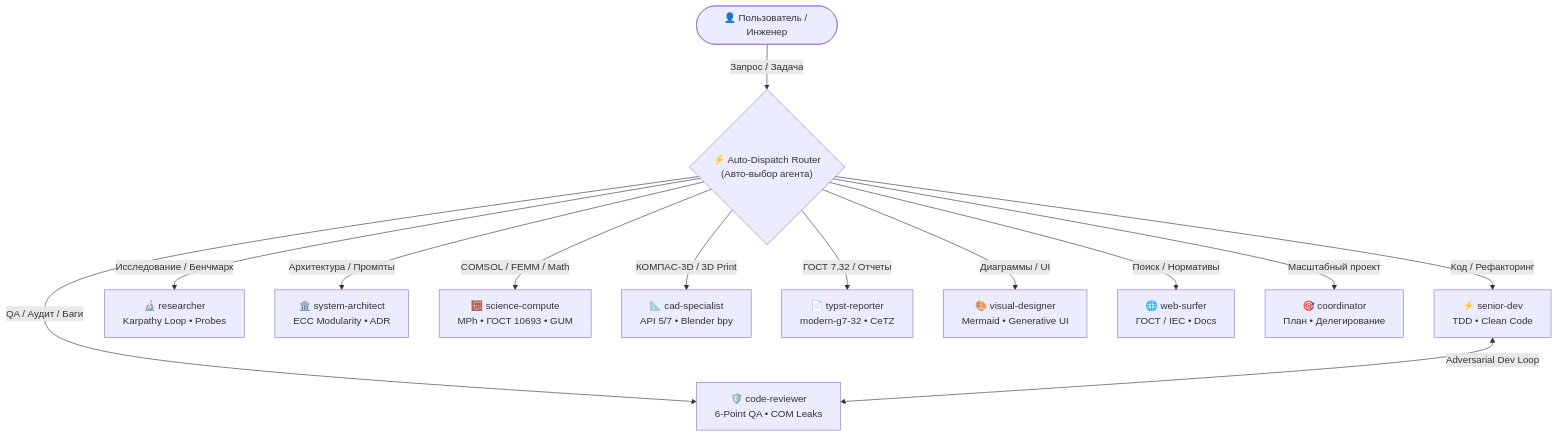
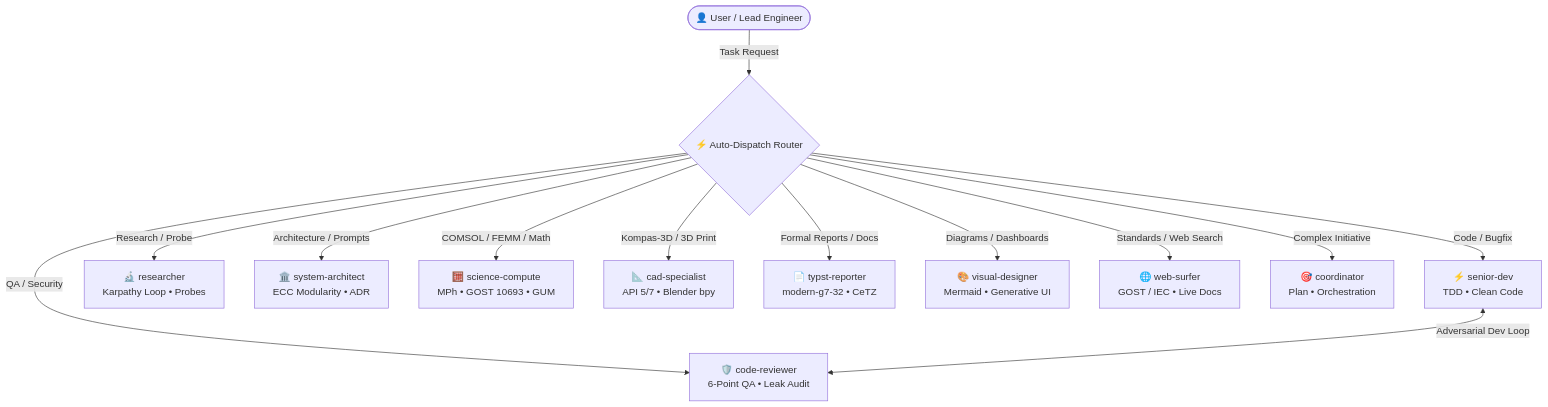
One commit to SGBR22/antigravity-team changed the diagram in README.md. Above: the diagram before and after it, drawn with Mermaid. The commit also changed other lines of this file and 4 other files, not shown here.

````diff
--- a/README.md
+++ b/README.md
@@ -59,17 +63,17 @@
 ```mermaid
 flowchart TD
-    User(["👤 Пользователь / Инженер"]) -->|"Запрос / Задача"| Router{"⚡ Auto-Dispatch Router<br/>(Авто-выбор агента)"}
+    User(["👤 User / Lead Engineer"]) -->|"Task Request"| Router{"⚡ Auto-Dispatch Router"}
 
-    Router -->|"Код / Рефакторинг"| SeniorDev["⚡ senior-dev<br/>TDD • Clean Code"]
-    Router -->|"QA / Аудит / Баги"| Reviewer["🛡️ code-reviewer<br/>6-Point QA • COM Leaks"]
-    Router -->|"Исследование / Бенчмарк"| Researcher["🔬 researcher<br/>Karpathy Loop • Probes"]
-    Router -->|"Архитектура / Промпты"| Architect["🏛️ system-architect<br/>ECC Modularity • ADR"]
-    Router -->|"COMSOL / FEMM / Math"| Sci["🧮 science-compute<br/>MPh • ГОСТ 10693 • GUM"]
-    Router -->|"КОМПАС-3D / 3D Print"| CAD["📐 cad-specialist<br/>API 5/7 • Blender bpy"]
-    Router -->|"ГОСТ 7.32 / Отчеты"| Typst["📄 typst-reporter<br/>modern-g7-32 • CeTZ"]
-    Router -->|"Диаграммы / UI"| Visual["🎨 visual-designer<br/>Mermaid • Generative UI"]
-    Router -->|"Поиск / Нормативы"| Surfer["🌐 web-surfer<br/>ГОСТ / IEC • Docs"]
-    Router -->|"Масштабный проект"| Coord["🎯 coordinator<br/>План • Делегирование"]
+    Router -->|"Code / Bugfix"| SeniorDev["⚡ senior-dev<br/>TDD • Clean Code"]
+    Router -->|"QA / Security"| Reviewer["🛡️ code-reviewer<br/>6-Point QA • Leak Audit"]
+    Router -->|"Research / Probe"| Researcher["🔬 researcher<br/>Karpathy Loop • Probes"]
+    Router -->|"Architecture / Prompts"| Architect["🏛️ system-architect<br/>ECC Modularity • ADR"]
+    Router -->|"COMSOL / FEMM / Math"| Sci["🧮 science-compute<br/>MPh • GOST 10693 • GUM"]
+    Router -->|"Kompas-3D / 3D Print"| CAD["📐 cad-specialist<br/>API 5/7 • Blender bpy"]
+    Router -->|"Formal Reports / Docs"| Typst["📄 typst-reporter<br/>modern-g7-32 • CeTZ"]
+    Router -->|"Diagrams / Dashboards"| Visual["🎨 visual-designer<br/>Mermaid • Generative UI"]
+    Router -->|"Standards / Web Search"| Surfer["🌐 web-surfer<br/>GOST / IEC • Live Docs"]
+    Router -->|"Complex Initiative"| Coord["🎯 coordinator<br/>Plan • Orchestration"]
 
     SeniorDev <-->|"Adversarial Dev Loop"| Reviewer
 ```
````
